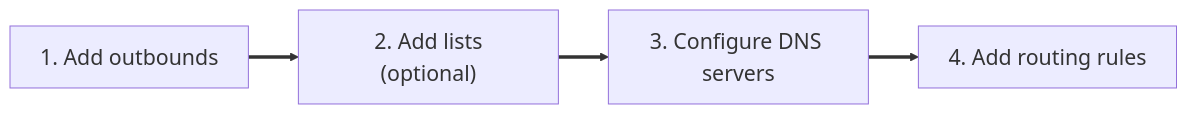
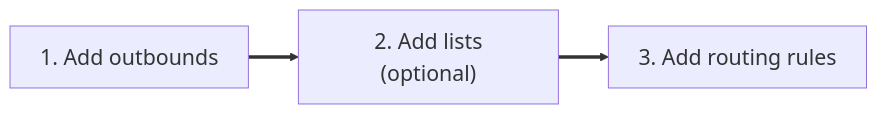
The diagram in docs/content/docs/getting-started/quick-start.md (maksimkurb/keen-pbr), drawn with Mermaid before and after one commit. The commit also changed other lines of this file and 45 other files, not shown here.

````diff
--- a/docs/content/docs/getting-started/quick-start.md
+++ b/docs/content/docs/getting-started/quick-start.md
@@ -12,15 +12,13 @@
 ```mermaid
 
 graph LR;
     classDef default font-size:16pt;
 
     A["1. Add outbounds"]
     B["`2. Add lists
 (optional)`"]
-    C["3. Configure DNS servers"]
-    D["4. Add routing rules"]
+    C["3. Add routing rules"]
 
     A==>B;
     B==>C;
-    C==>D;
 ```
````
